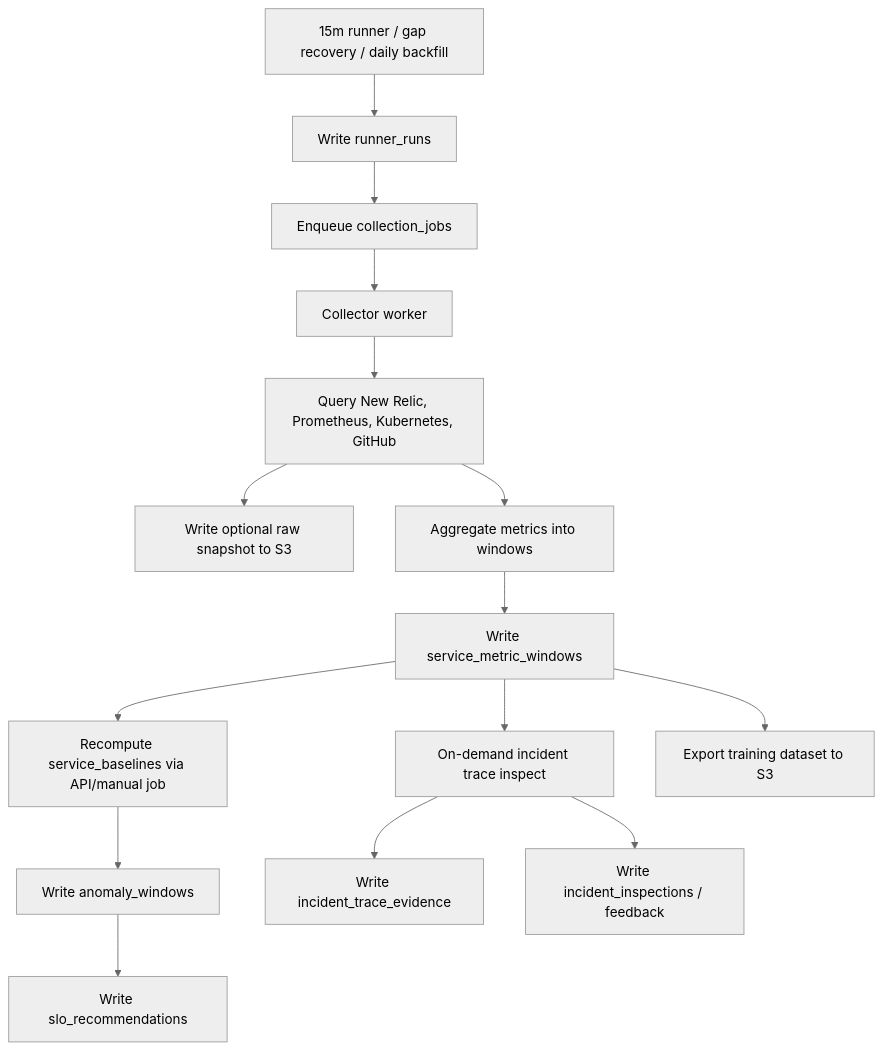
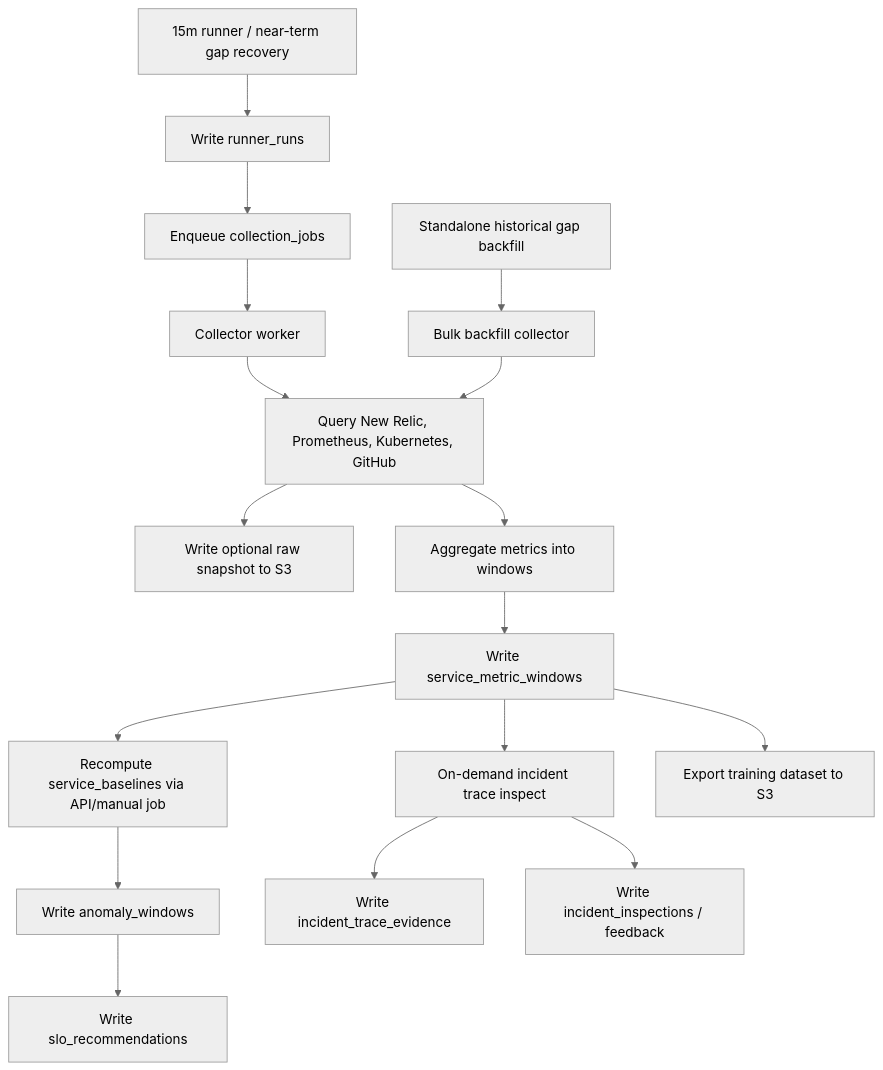
The diagram in docs/data-storage.md (Deraiven/sre-agent), drawn with Mermaid (neutral theme) before and after one commit. The commit also changed other lines of this file and 14 other files, not shown here.

````diff
--- a/docs/data-storage.md
+++ b/docs/data-storage.md
@@ -408,17 +410,19 @@
 ```mermaid
 flowchart TD
-    Scheduler["15m runner / gap recovery / daily backfill"] --> RunAudit["Write runner_runs"]
+    Scheduler["15m runner / near-term gap recovery"] --> RunAudit["Write runner_runs"]
     RunAudit --> Queue["Enqueue collection_jobs"]
     Queue --> Worker["Collector worker"]
+    HistoricalBackfill["Standalone historical gap backfill"] --> Bulk["Bulk backfill collector"]
     Worker --> Query["Query New Relic, Prometheus, Kubernetes, GitHub"]
+    Bulk --> Query
     Query --> Snapshot["Write optional raw snapshot to S3"]
     Query --> Aggregate["Aggregate metrics into windows"]
     Aggregate --> Postgres["Write service_metric_windows"]
     Postgres --> Baseline["Recompute service_baselines via API/manual job"]
     Baseline --> Label["Write anomaly_windows"]
     Label --> SLO["Write slo_recommendations"]
     Postgres --> Trace["On-demand incident trace inspect"]
     Trace --> TraceStore["Write incident_trace_evidence"]
     Trace --> InspectStore["Write incident_inspections / feedback"]
     Postgres --> Export["Export training dataset to S3"]
 ```
````
